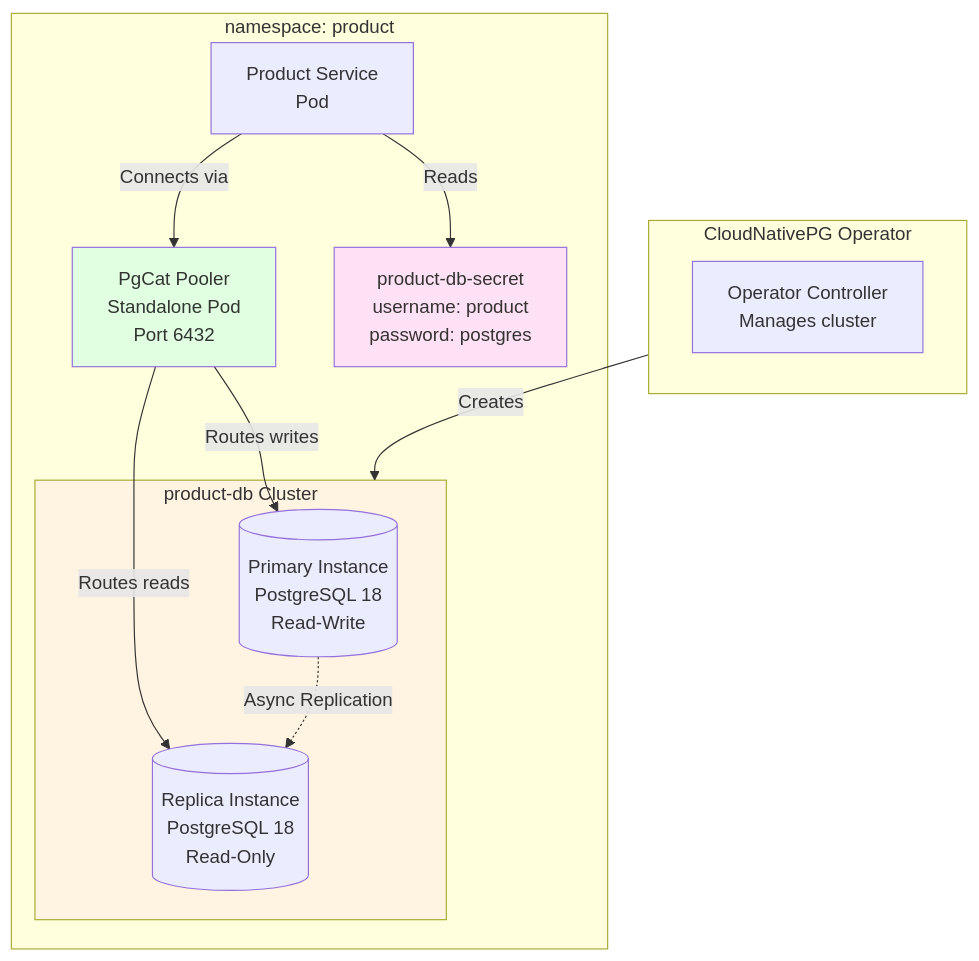
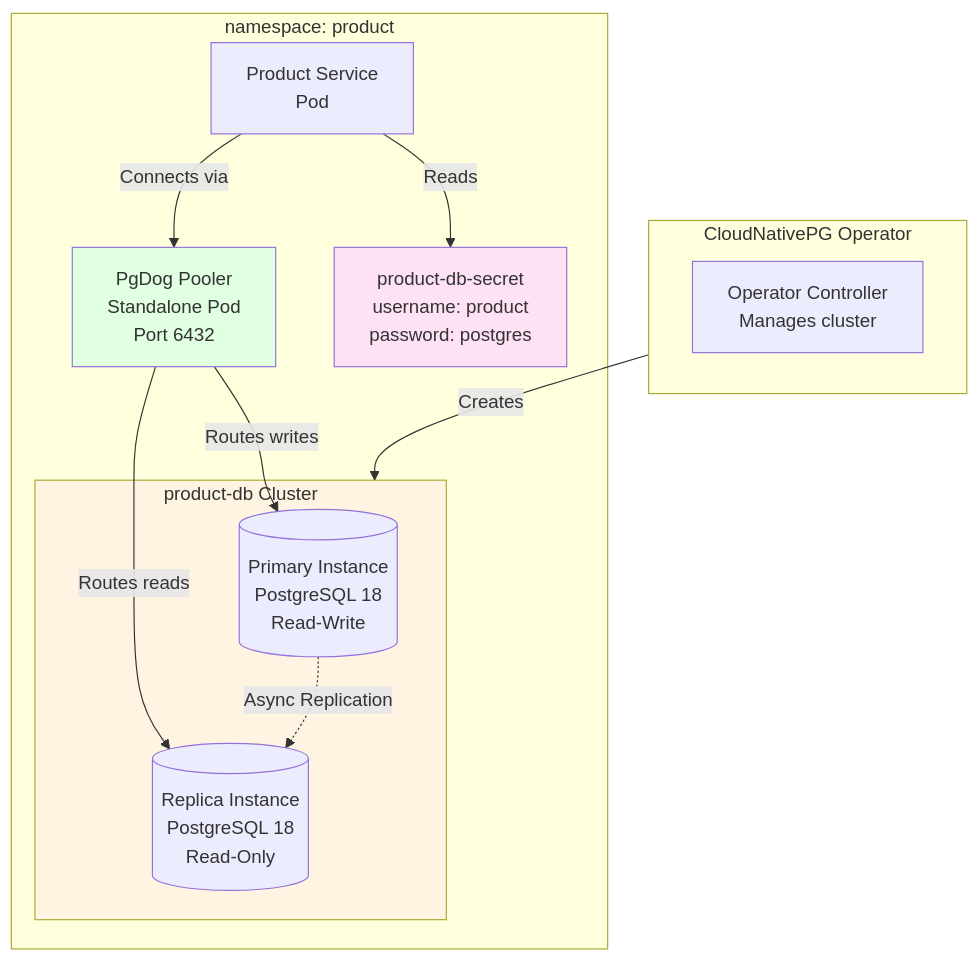
The second of 7 diagrams in docs/guides/DATABASE.md (duynhlab/homelab), drawn with Mermaid before and after one commit. The commit also changed other lines of this file, not shown here.

````diff
--- a/docs/guides/DATABASE.md
+++ b/docs/guides/DATABASE.md
@@ -199,29 +211,29 @@
 ```mermaid
 flowchart TB
     subgraph ProductNS["namespace: product"]
         ProductSvc[Product Service<br/>Pod]
-        PgCat[PgCat Pooler<br/>Standalone Pod<br/>Port 6432]
+        PgDog[PgDog Pooler<br/>Standalone Pod<br/>Port 6432]
         
         subgraph ProductDB["product-db Cluster"]
             Primary[(Primary Instance<br/>PostgreSQL 18<br/>Read-Write)]
             Replica[(Replica Instance<br/>PostgreSQL 18<br/>Read-Only)]
         end
         
         Secret[product-db-secret<br/>username: product<br/>password: postgres]
     end
     
     subgraph CloudNativePG["CloudNativePG Operator"]
         Operator[Operator Controller<br/>Manages cluster]
     end
     
     CloudNativePG -->|Creates| ProductDB
     ProductSvc -->|Reads| Secret
-    ProductSvc -->|Connects via| PgCat
-    PgCat -->|Routes writes| Primary
-    PgCat -->|Routes reads| Replica
+    ProductSvc -->|Connects via| PgDog
+    PgDog -->|Routes writes| Primary
+    PgDog -->|Routes reads| Replica
     Primary -.->|Async Replication| Replica
     
     style ProductDB fill:#fff4e1
-    style PgCat fill:#e1ffe1
+    style PgDog fill:#e1ffe1
     style Secret fill:#ffe1f5
 ```
````
